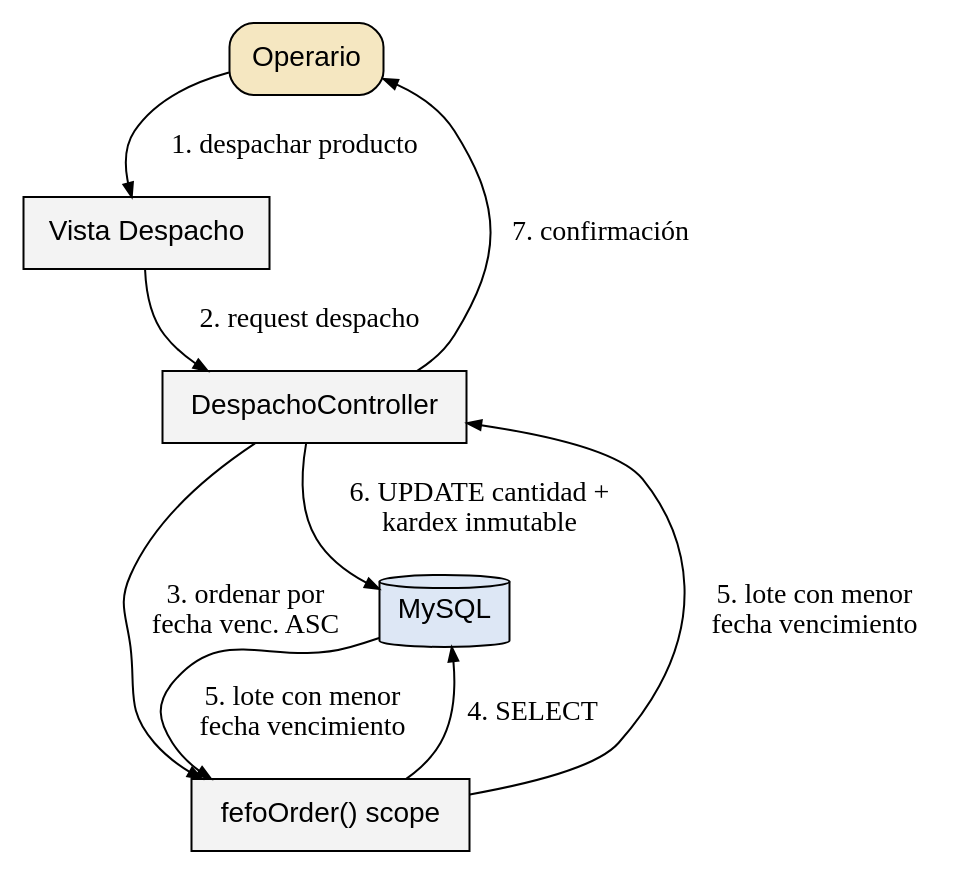
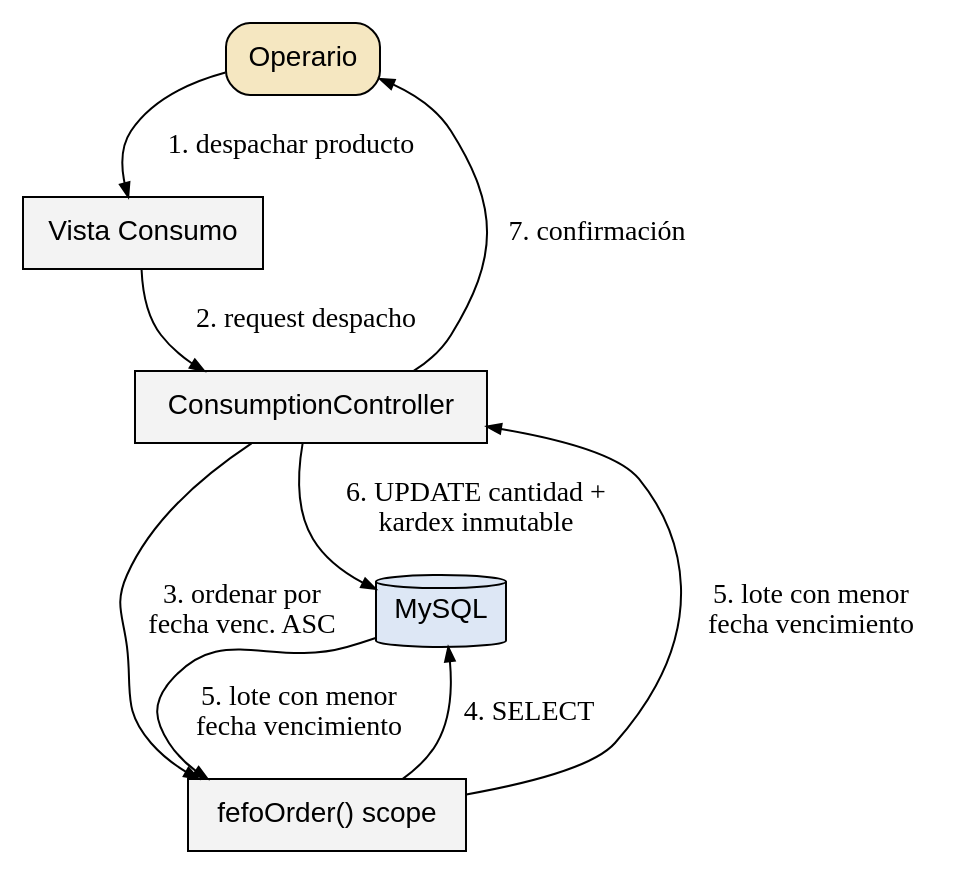
The diagram in overleaf_tesis_humanizado/Anexos/Imagenes/SecuenciaDespachoFEFO.dot (germanmurillas/gestor-inventario-pymes-llm), drawn with Graphviz before and after one commit. The commit also changed 30 other files, not shown here.

```diff
--- a/overleaf_tesis_humanizado/Anexos/Imagenes/SecuenciaDespachoFEFO.dot
+++ b/overleaf_tesis_humanizado/Anexos/Imagenes/SecuenciaDespachoFEFO.dot
@@ -1,19 +1,19 @@
 digraph SEQ_FEFO {
   rankdir=TB; bgcolor=white; fontname="Helvetica"; fontsize=9;
   node [shape=box, fontname="Helvetica", fillcolor="#F3F3F3", style=filled];
   edge [arrowsize=.7];
 
   U [label="Operario", style="rounded,filled", fillcolor="#F5E7C1"];
-  V [label="Vista Despacho"];
-  C [label="DespachoController"];
+  V [label="Vista Consumo"];
+  C [label="ConsumptionController"];
   L [label="fefoOrder() scope"];
   DB [label="MySQL", shape=cylinder, fillcolor="#DDE7F5"];
 
   U -> V [label="1. despachar producto"];
   V -> C [label="2. request despacho"];
   C -> L [label="3. ordenar por\nfecha venc. ASC"];
   L -> DB [label="4. SELECT"];
   DB -> L -> C [label="5. lote con menor\nfecha vencimiento"];
   C -> DB [label="6. UPDATE cantidad +\nkardex inmutable"];
   C -> U [label="7. confirmación"];
 }
```
